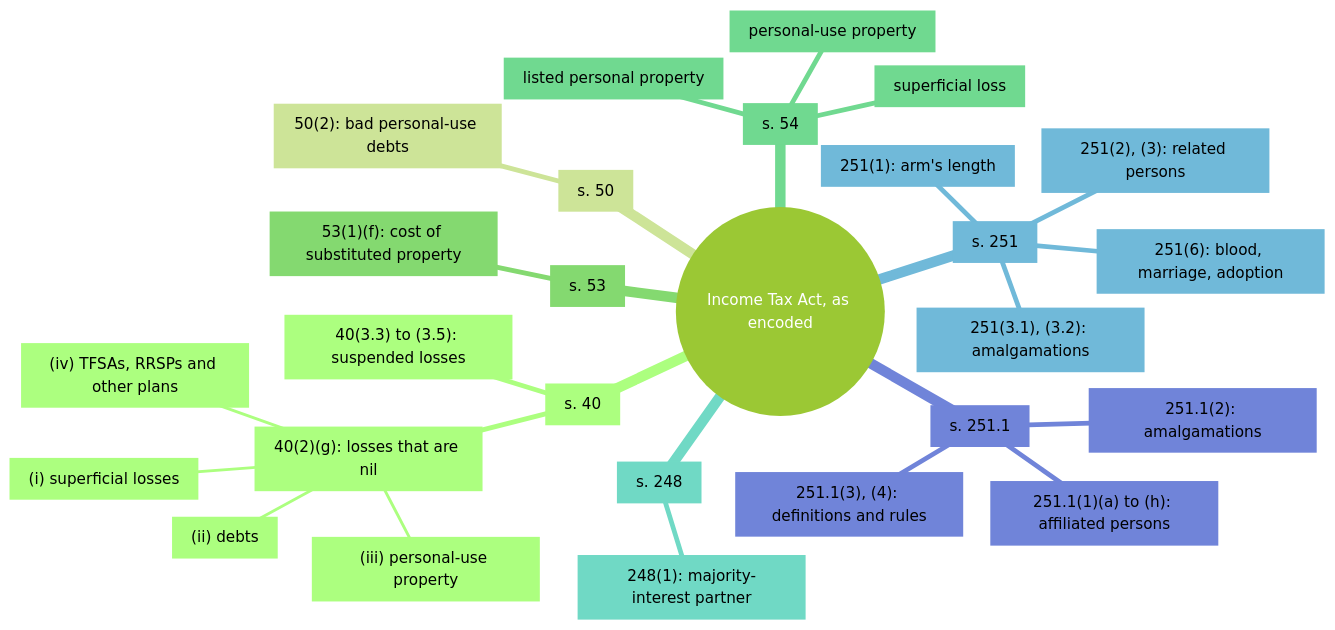
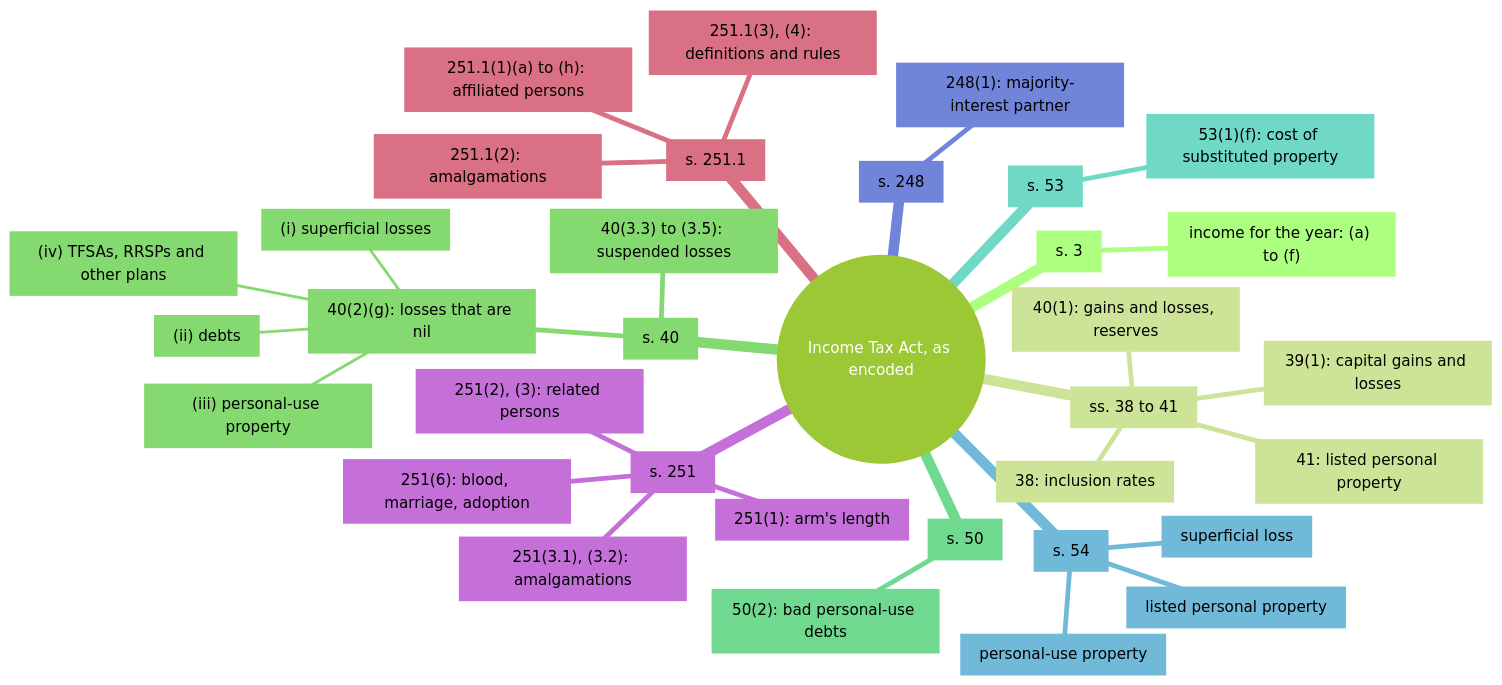
Before and after one commit to SeanWMurray/Canteen: the fourth of 4 diagrams in docs/graphs/dashboard.md, drawn with Mermaid (forest theme). The commit also changed other lines of this file and 17 other files, not shown here.

First line of the commit message:
Encode the capital gains computation: 40(1), 39(1), 38, 41 and section 3

````diff
--- a/docs/graphs/dashboard.md
+++ b/docs/graphs/dashboard.md
@@ -66,30 +66,37 @@
 ```mermaid
 mindmap
   root((Income Tax Act, as encoded))
-    n0["`s. 40`"]
-      n1["`40(2)(g): losses that are nil`"]
-        n2["`(i) superficial losses`"]
-        n3["`(ii) debts`"]
-        n4["`(iii) personal-use property`"]
-        n5["`(iv) TFSAs, RRSPs and other plans`"]
-      n6["`40(3.3) to (3.5): suspended losses`"]
-    n7["`s. 50`"]
-      n8["`50(2): bad personal-use debts`"]
-    n9["`s. 53`"]
-      n10["`53(1)(f): cost of substituted property`"]
-    n11["`s. 54`"]
-      n12["`superficial loss`"]
-      n13["`personal-use property`"]
-      n14["`listed personal property`"]
-    n15["`s. 248`"]
-      n16["`248(1): majority-interest partner`"]
-    n17["`s. 251`"]
-      n18["`251(1): arm's length`"]
-      n19["`251(2), (3): related persons`"]
-      n20["`251(3.1), (3.2): amalgamations`"]
-      n21["`251(6): blood, marriage, adoption`"]
-    n22["`s. 251.1`"]
-      n23["`251.1(1)(a) to (h): affiliated persons`"]
-      n24["`251.1(2): amalgamations`"]
-      n25["`251.1(3), (4): definitions and rules`"]
+    n0["`s. 3`"]
+      n1["`income for the year: (a) to (f)`"]
+    n2["`ss. 38 to 41`"]
+      n3["`38: inclusion rates`"]
+      n4["`39(1): capital gains and losses`"]
+      n5["`40(1): gains and losses, reserves`"]
+      n6["`41: listed personal property`"]
+    n7["`s. 40`"]
+      n8["`40(2)(g): losses that are nil`"]
+        n9["`(i) superficial losses`"]
+        n10["`(ii) debts`"]
+        n11["`(iii) personal-use property`"]
+        n12["`(iv) TFSAs, RRSPs and other plans`"]
+      n13["`40(3.3) to (3.5): suspended losses`"]
+    n14["`s. 50`"]
+      n15["`50(2): bad personal-use debts`"]
+    n16["`s. 53`"]
+      n17["`53(1)(f): cost of substituted property`"]
+    n18["`s. 54`"]
+      n19["`superficial loss`"]
+      n20["`personal-use property`"]
+      n21["`listed personal property`"]
+    n22["`s. 248`"]
+      n23["`248(1): majority-interest partner`"]
+    n24["`s. 251`"]
+      n25["`251(1): arm's length`"]
+      n26["`251(2), (3): related persons`"]
+      n27["`251(3.1), (3.2): amalgamations`"]
+      n28["`251(6): blood, marriage, adoption`"]
+    n29["`s. 251.1`"]
+      n30["`251.1(1)(a) to (h): affiliated persons`"]
+      n31["`251.1(2): amalgamations`"]
+      n32["`251.1(3), (4): definitions and rules`"]
 ```
````
